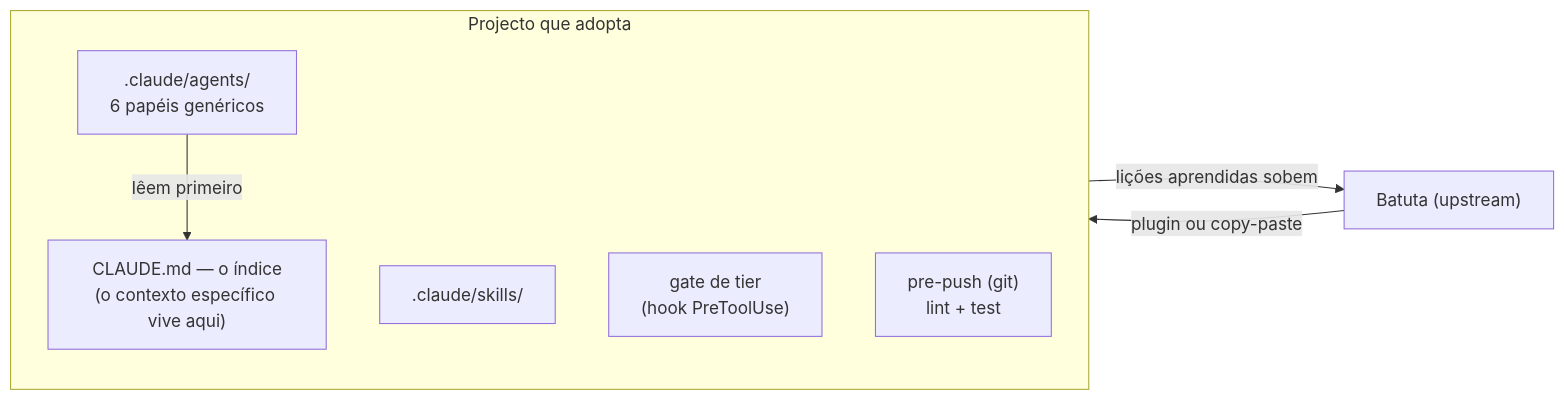
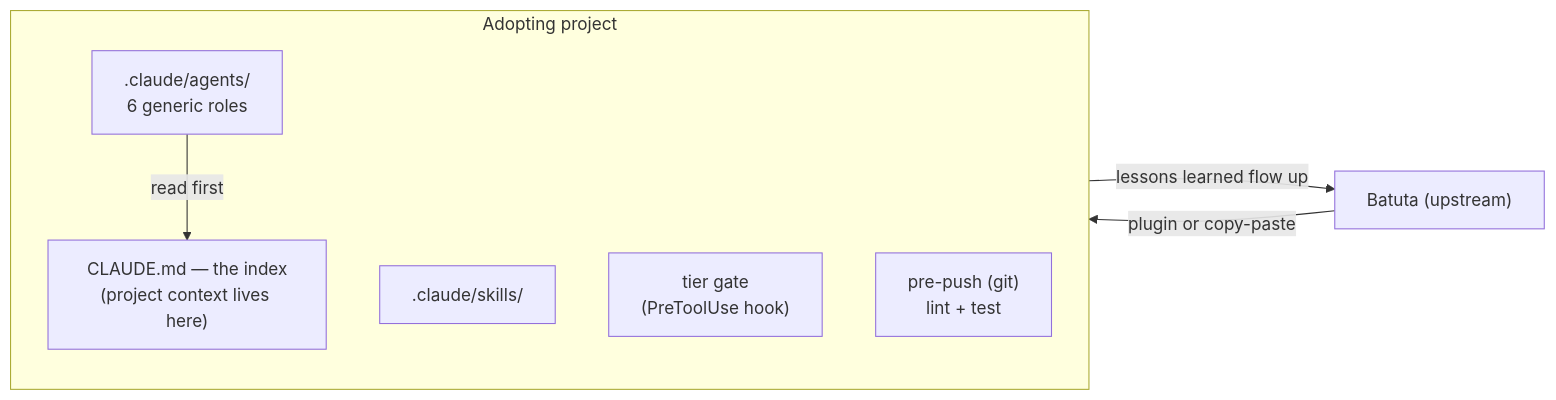
Before and after one commit to Ahlut/batuta: the first of 2 diagrams in README.md, drawn with Mermaid. The commit also changed other lines of this file and 19 other files, not shown here.

````diff
--- a/README.md
+++ b/README.md
@@ -45,13 +41,13 @@
 ```mermaid
 flowchart LR
-    BA["Batuta (upstream)"] -->|"plugin ou copy-paste"| projecto
-    subgraph projecto["Projecto que adopta"]
-        CM["CLAUDE.md — o índice<br/>(o contexto específico vive aqui)"]
-        AG[".claude/agents/<br/>6 papéis genéricos"]
+    BA["Batuta (upstream)"] -->|"plugin or copy-paste"| project
+    subgraph project["Adopting project"]
+        CM["CLAUDE.md — the index<br/>(project context lives here)"]
+        AG[".claude/agents/<br/>6 generic roles"]
         SK[".claude/skills/"]
-        TB["gate de tier<br/>(hook PreToolUse)"]
+        TB["tier gate<br/>(PreToolUse hook)"]
         PP["pre-push (git)<br/>lint + test"]
     end
-    AG -->|"lêem primeiro"| CM
-    projecto -->|"lições aprendidas sobem"| BA
+    AG -->|"read first"| CM
+    project -->|"lessons learned flow up"| BA
 ```
````
